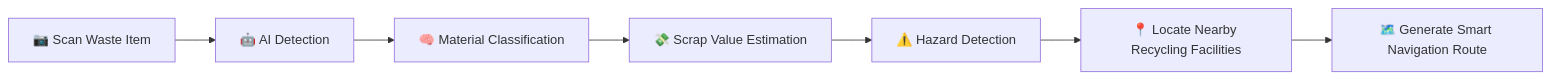
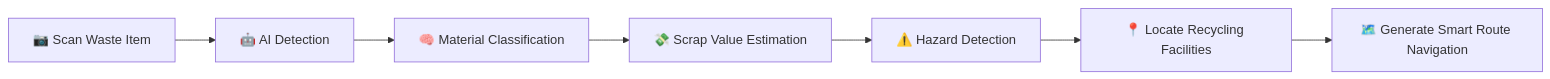
Before and after one commit to JudeGaringalo/MalunggayPandesal-Recicla: the diagram in README.md, drawn with Mermaid. The commit also changed other lines of this file, not shown here.

````diff
--- a/README.md
+++ b/README.md
@@ -161,9 +161,9 @@
 ```mermaid
 flowchart LR
     A[📷 Scan Waste Item] --> B[🤖 AI Detection]
     B --> C[🧠 Material Classification]
     C --> D[💸 Scrap Value Estimation]
     D --> E[⚠️ Hazard Detection]
-    E --> F[📍 Locate Nearby Recycling Facilities]
-    F --> G[🗺️ Generate Smart Navigation Route]
+    E --> F[📍 Locate Recycling Facilities]
+    F --> G[🗺️ Generate Smart Route Navigation]
 ```
````
